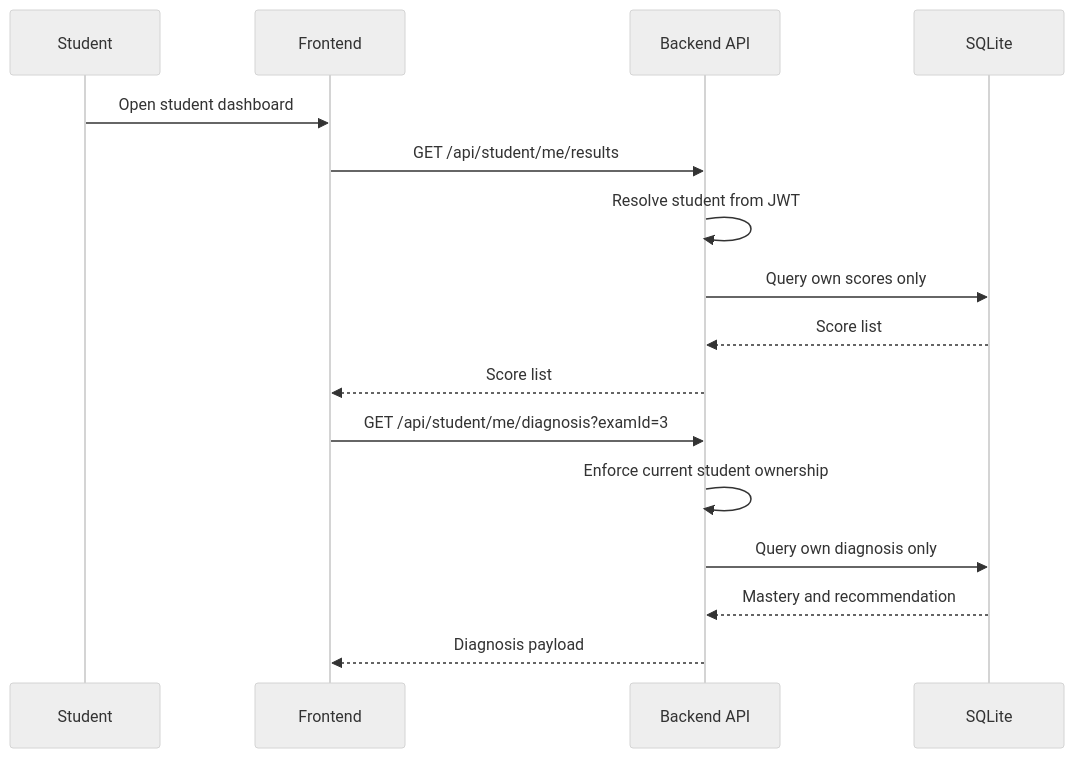
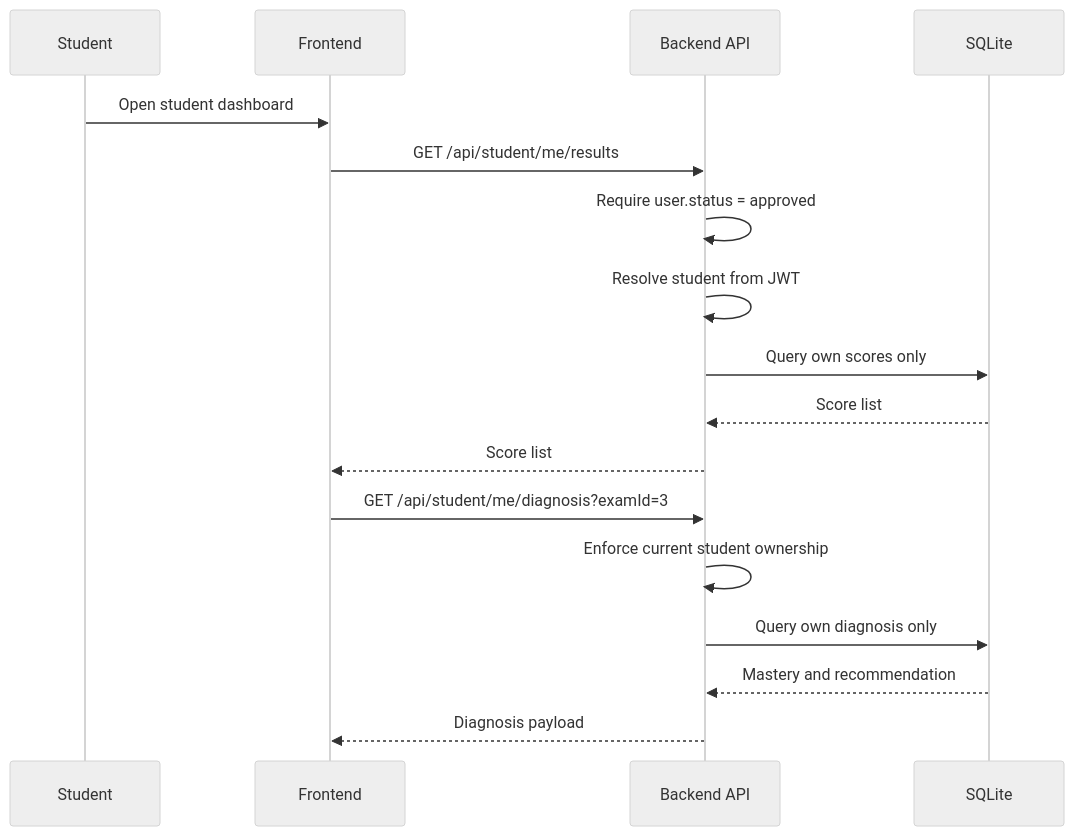
The fifth of 5 diagrams in docs/architecture.md (kema0669/project), drawn with Mermaid (neutral theme) before and after one commit. The commit also changed other lines of this file and 15 other files, not shown here.

Commit message:
feat: add student registration approval flow

````diff
--- a/docs/architecture.md
+++ b/docs/architecture.md
@@ -137,19 +182,20 @@
 ```mermaid
 sequenceDiagram
     participant S as Student
     participant FE as Frontend
     participant API as Backend API
     participant DB as SQLite
 
     S->>FE: Open student dashboard
     FE->>API: GET /api/student/me/results
+    API->>API: Require user.status = approved
     API->>API: Resolve student from JWT
     API->>DB: Query own scores only
     DB-->>API: Score list
     API-->>FE: Score list
     FE->>API: GET /api/student/me/diagnosis?examId=3
     API->>API: Enforce current student ownership
     API->>DB: Query own diagnosis only
     DB-->>API: Mastery and recommendation
     API-->>FE: Diagnosis payload
 ```
````
